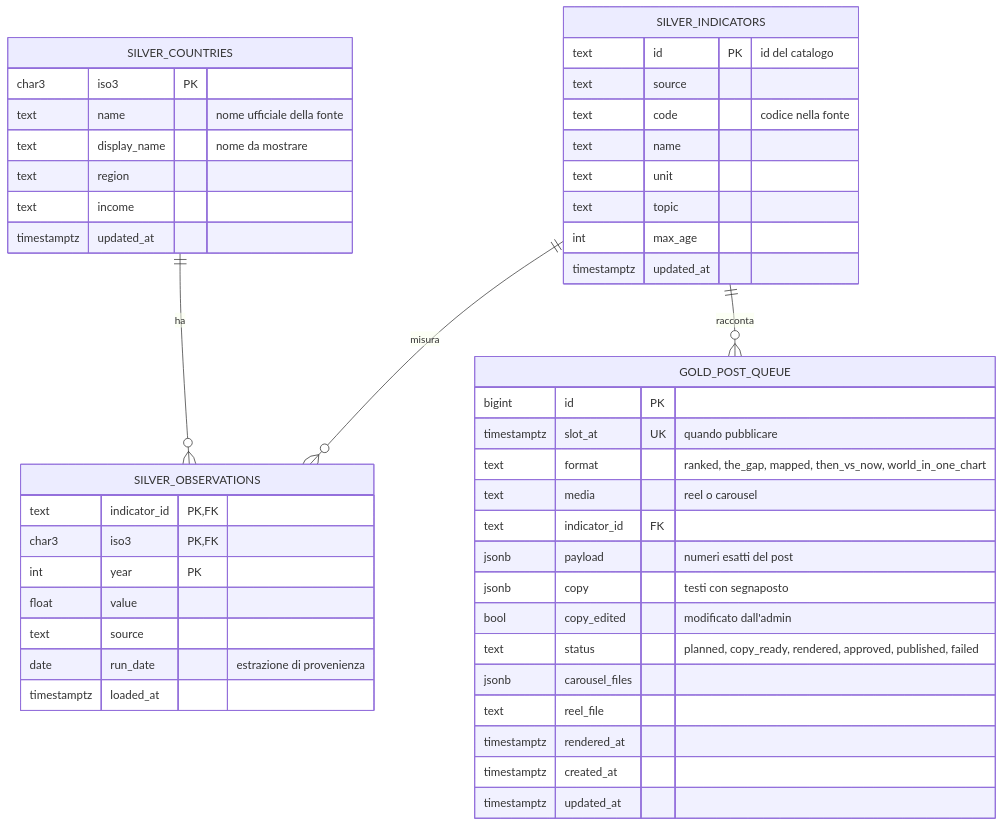
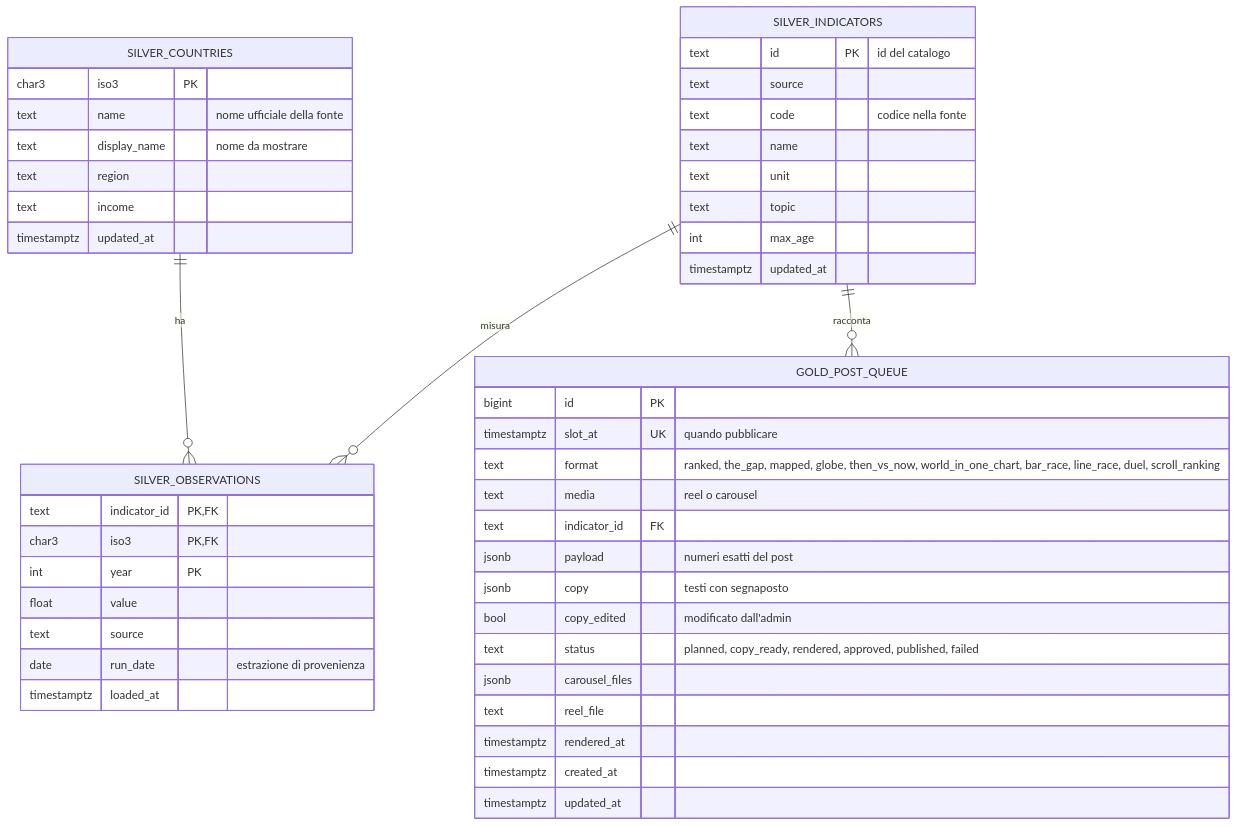
The second of 2 diagrams in README.md (Hyperboola/planetplotted), drawn with Mermaid before and after one commit. The commit also changed other lines of this file and 5 other files, not shown here.

````diff
--- a/README.md
+++ b/README.md
@@ -61,50 +64,50 @@
 ```mermaid
 erDiagram
     SILVER_COUNTRIES ||--o{ SILVER_OBSERVATIONS : "ha"
     SILVER_INDICATORS ||--o{ SILVER_OBSERVATIONS : "misura"
     SILVER_INDICATORS ||--o{ GOLD_POST_QUEUE : "racconta"
 
     SILVER_COUNTRIES {
         char3 iso3 PK
         text name "nome ufficiale della fonte"
         text display_name "nome da mostrare"
         text region
         text income
         timestamptz updated_at
     }
     SILVER_INDICATORS {
         text id PK "id del catalogo"
         text source
         text code "codice nella fonte"
         text name
         text unit
         text topic
         int max_age
         timestamptz updated_at
     }
     SILVER_OBSERVATIONS {
         text indicator_id PK, FK
         char3 iso3 PK, FK
         int year PK
         float value
         text source
         date run_date "estrazione di provenienza"
         timestamptz loaded_at
     }
     GOLD_POST_QUEUE {
         bigint id PK
         timestamptz slot_at UK "quando pubblicare"
-        text format "ranked, the_gap, mapped, then_vs_now, world_in_one_chart"
+        text format "ranked, the_gap, mapped, globe, then_vs_now, world_in_one_chart, bar_race, line_race, duel, scroll_ranking"
         text media "reel o carousel"
         text indicator_id FK
         jsonb payload "numeri esatti del post"
         jsonb copy "testi con segnaposto"
         bool copy_edited "modificato dall'admin"
         text status "planned, copy_ready, rendered, approved, published, failed"
         jsonb carousel_files
         text reel_file
         timestamptz rendered_at
         timestamptz created_at
         timestamptz updated_at
     }
 ```
````
